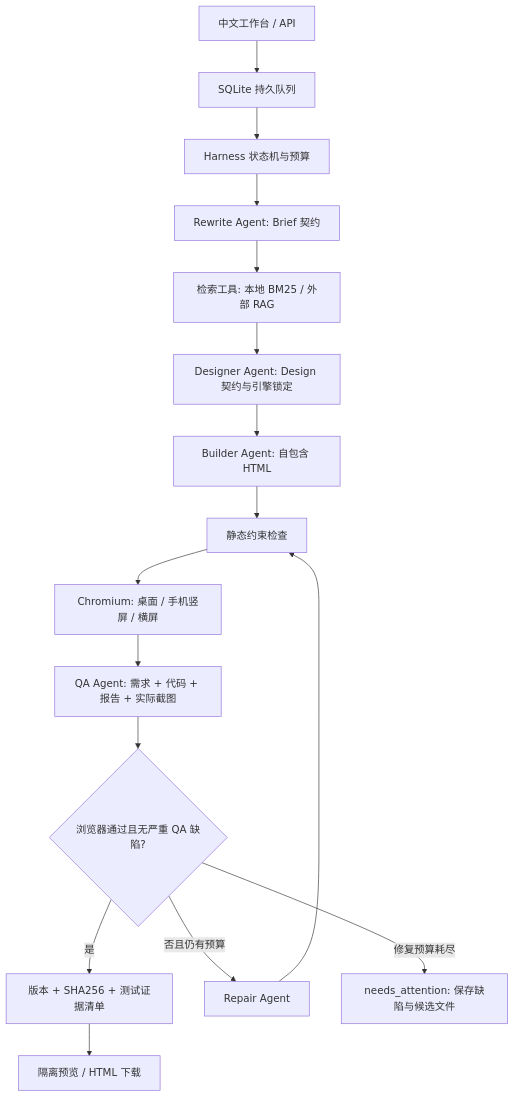
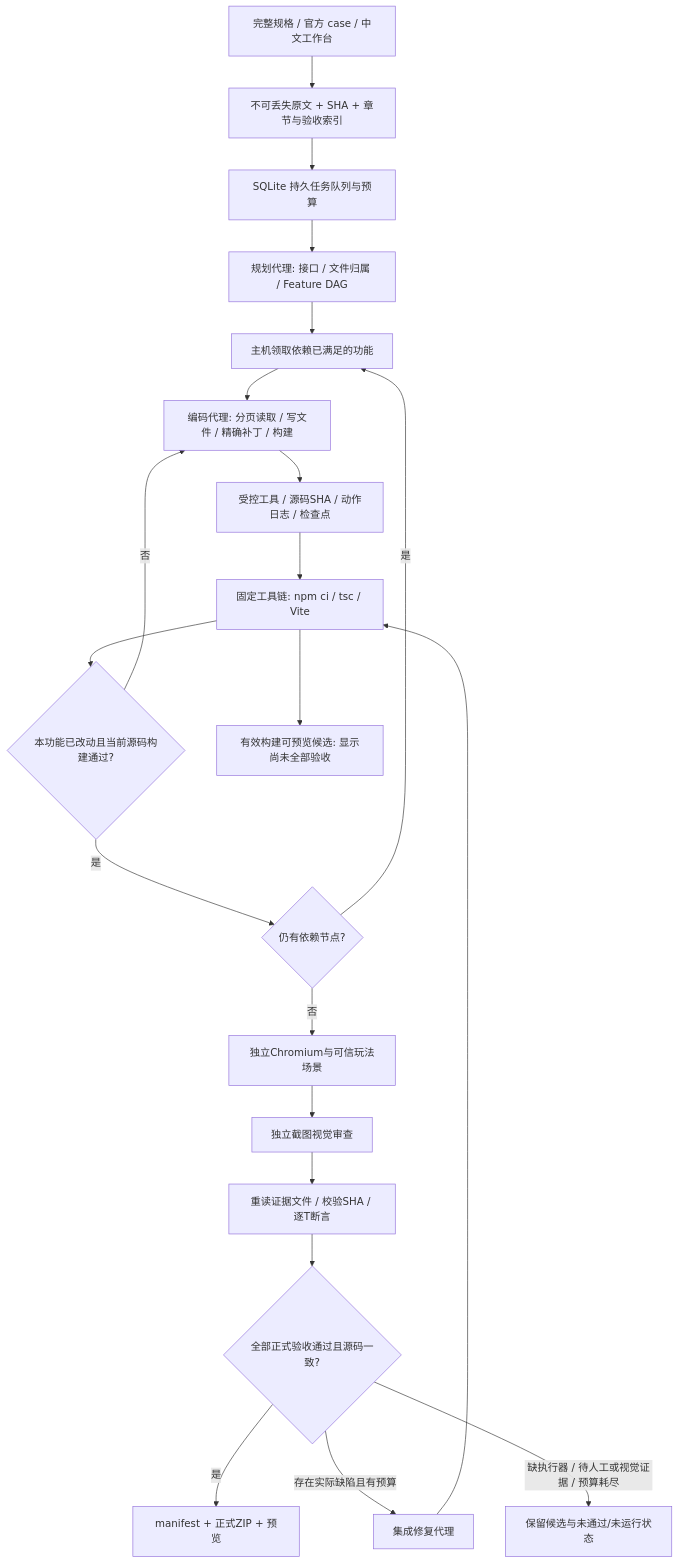
One commit to zywgngc/zhangjianghackathon changed the diagram in docs/harness.md. Above: the diagram before and after it, drawn with Mermaid. The commit also changed other lines of this file and 45 other files, not shown here.

````diff
--- a/docs/harness.md
+++ b/docs/harness.md
@@ -7,18 +7,23 @@
 ```mermaid
 flowchart TD
-    UI[中文工作台 / API] --> Queue[SQLite 持久队列]
-    Queue --> Runner[Harness 状态机与预算]
-    Runner --> Rewrite[Rewrite Agent: Brief 契约]
-    Rewrite --> RAG[检索工具: 本地 BM25 / 外部 RAG]
-    RAG --> Design[Designer Agent: Design 契约与引擎锁定]
-    Design --> Builder[Builder Agent: 自包含 HTML]
-    Builder --> Static[静态约束检查]
-    Static --> Browser[Chromium: 桌面 / 手机竖屏 / 横屏]
-    Browser --> QA[QA Agent: 需求 + 代码 + 报告 + 实际截图]
-    QA --> Gate{浏览器通过且无严重 QA 缺陷?}
-    Gate -->|是| Manifest[版本 + SHA256 + 测试证据清单]
-    Manifest --> Preview[隔离预览 / HTML 下载]
-    Gate -->|否且仍有预算| Repair[Repair Agent]
-    Repair --> Static
-    Gate -->|修复预算耗尽| Attention[needs_attention: 保存缺陷与候选文件]
+    Input[完整规格 / 官方 case / 中文工作台] --> Source[不可丢失原文 + SHA + 章节与验收索引]
+    Source --> Queue[SQLite 持久任务队列与预算]
+    Queue --> Plan[规划代理: 接口 / 文件归属 / Feature DAG]
+    Plan --> Claim[主机领取依赖已满足的功能]
+    Claim --> Agent[编码代理: 分页读取 / 写文件 / 精确补丁 / 构建]
+    Agent --> Tools[受控工具 / 源码SHA / 动作日志 / 检查点]
+    Tools --> Compile[固定工具链: npm ci / tsc / Vite]
+    Compile --> FeatureGate{本功能已改动且当前源码构建通过?}
+    FeatureGate -->|否| Agent
+    FeatureGate -->|是| Next{仍有依赖节点?}
+    Next -->|是| Claim
+    Next -->|否| Browser[独立Chromium与可信玩法场景]
+    Browser --> Visual[独立截图视觉审查]
+    Visual --> Evidence[重读证据文件 / 校验SHA / 逐T断言]
+    Evidence --> Gate{全部正式验收通过且源码一致?}
+    Gate -->|是| Release[manifest + 正式ZIP + 预览]
+    Gate -->|存在实际缺陷且有预算| Repair[集成修复代理]
+    Repair --> Compile
+    Gate -->|缺执行器 / 待人工或视觉证据 / 预算耗尽| Pending[保留候选与未通过/未运行状态]
+    Compile --> Candidate[有效构建可预览候选: 显示尚未全部验收]
 ```
````
